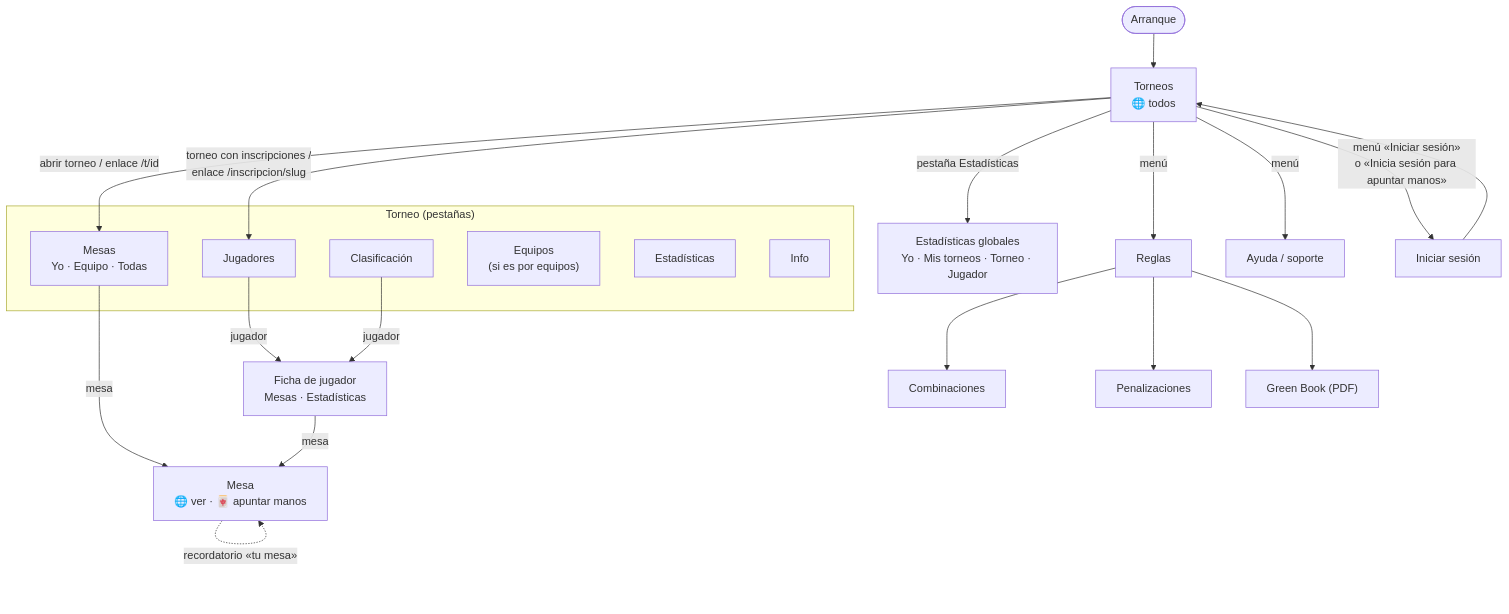
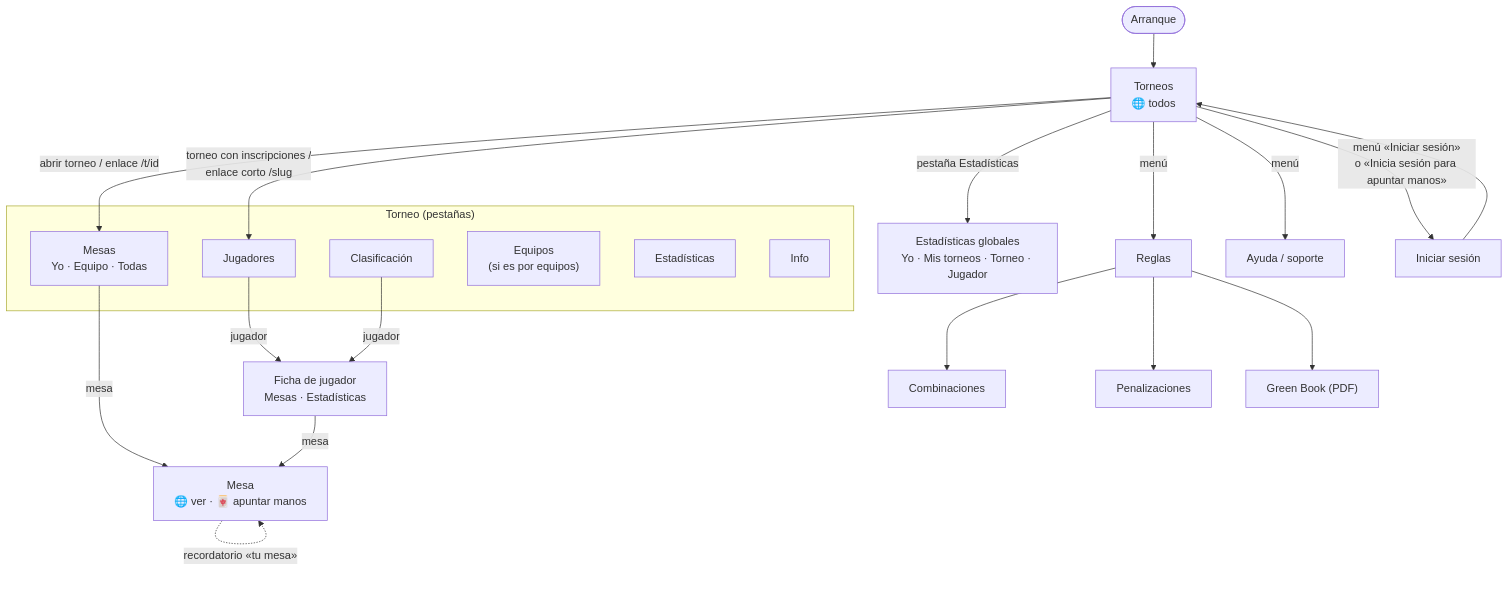
The second of 2 diagrams in docs/arquitectura/pantallas.md (ernestovega/MahjongTournamentSuite_KMP), drawn with Mermaid before and after one commit. The commit also changed other lines of this file and 41 other files, not shown here.

````diff
--- a/docs/arquitectura/pantallas.md
+++ b/docs/arquitectura/pantallas.md
@@ -24,24 +24,24 @@
 ```mermaid
 flowchart TD
   S([Arranque]) --> T["Torneos<br/>🌐 todos"]
   T -- "abrir torneo / enlace /t/id" --> TT
-  T -- "torneo con inscripciones /<br/>enlace /inscripcion/slug" --> TP
+  T -- "torneo con inscripciones /<br/>enlace corto /slug" --> TP
   subgraph Torneo["Torneo (pestañas)"]
     TT["Mesas<br/>Yo · Equipo · Todas"]
     TR["Clasificación"]
     TP["Jugadores"]
     TE["Equipos<br/>(si es por equipos)"]
     TS["Estadísticas"]
     TI["Info"]
   end
   TT -- "mesa" --> M["Mesa<br/>🌐 ver · 🀄 apuntar manos"]
   TP -- "jugador" --> J["Ficha de jugador<br/>Mesas · Estadísticas"]
   TR -- "jugador" --> J
   J -- "mesa" --> M
   T -- "pestaña Estadísticas" --> E["Estadísticas globales<br/>Yo · Mis torneos · Torneo · Jugador"]
   T -- "menú" --> R["Reglas"] & SUP["Ayuda / soporte"]
   R --> C["Combinaciones"] & P["Penalizaciones"] & GB["Green Book (PDF)"]
   T -- "menú «Iniciar sesión»<br/>o «Inicia sesión para apuntar manos»" --> L["Iniciar sesión"]
   L --> T
   M -. "recordatorio «tu mesa»" .-> M
 ```
````
